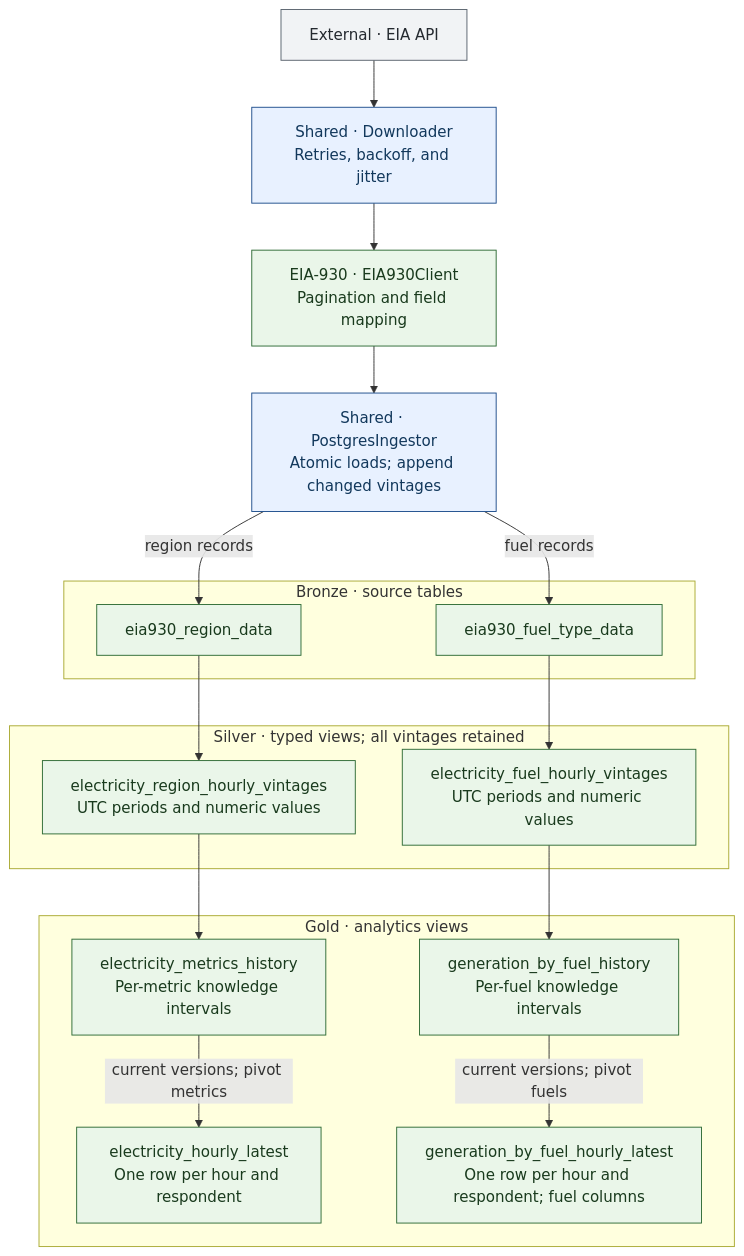
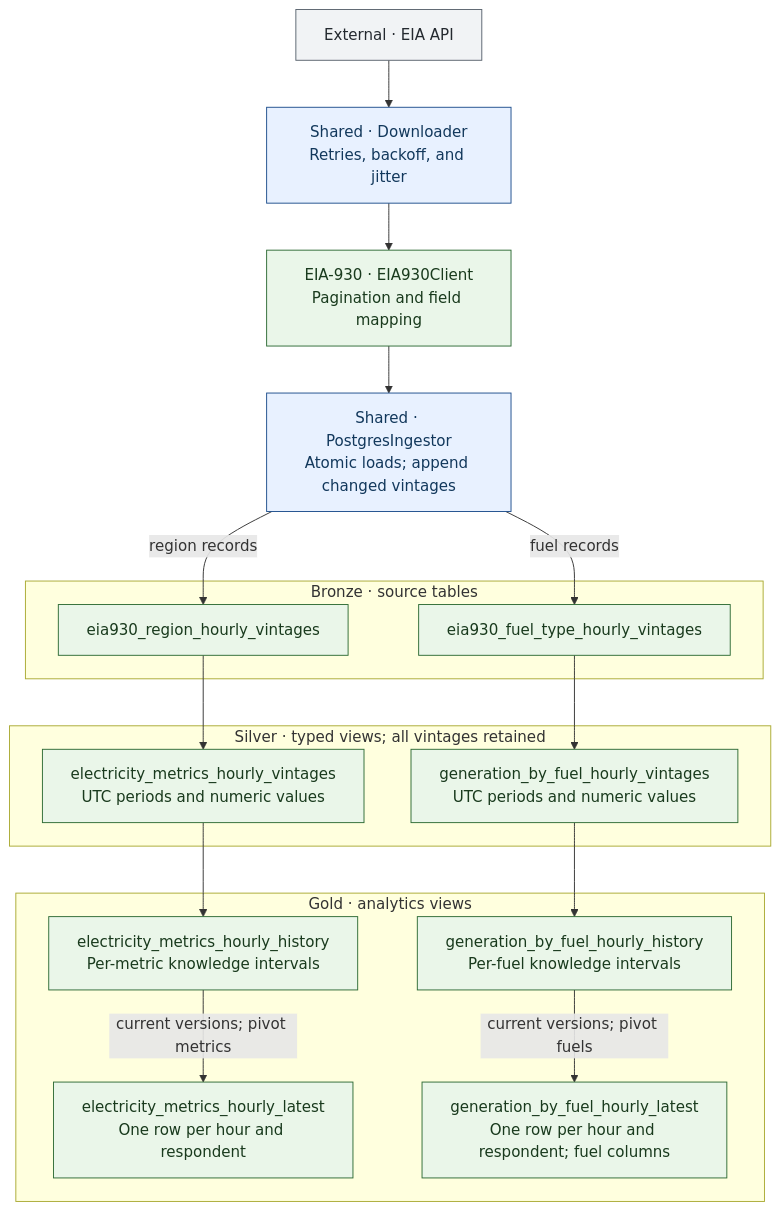
Before and after one commit to chuanbinp/data-platform: the second of 2 diagrams in README.md, drawn with Mermaid. The commit also changed other lines of this file and 17 other files, not shown here.

````diff
--- a/README.md
+++ b/README.md
@@ -89,39 +89,39 @@
 ```mermaid
 flowchart TD
     api["External · EIA API"]
     download["Shared · Downloader<br/>Retries, backoff, and jitter"]
     client["EIA-930 · EIA930Client<br/>Pagination and field mapping"]
     ingest["Shared · PostgresIngestor<br/>Atomic loads; append changed vintages"]
     api --> download --> client --> ingest
 
     subgraph bronze["Bronze · source tables"]
-        region_raw["eia930_region_data"]
-        fuel_raw["eia930_fuel_type_data"]
+        region_raw["eia930_region_hourly_vintages"]
+        fuel_raw["eia930_fuel_type_hourly_vintages"]
     end
     ingest -->|region records| region_raw
     ingest -->|fuel records| fuel_raw
 
     subgraph silver["Silver · typed views; all vintages retained"]
-        region_typed["electricity_region_hourly_vintages<br/>UTC periods and numeric values"]
-        fuel_typed["electricity_fuel_hourly_vintages<br/>UTC periods and numeric values"]
+        region_typed["electricity_metrics_hourly_vintages<br/>UTC periods and numeric values"]
+        fuel_typed["generation_by_fuel_hourly_vintages<br/>UTC periods and numeric values"]
     end
     region_raw --> region_typed
     fuel_raw --> fuel_typed
 
     subgraph gold["Gold · analytics views"]
-        region_history["electricity_metrics_history<br/>Per-metric knowledge intervals"]
-        region_latest["electricity_hourly_latest<br/>One row per hour and respondent"]
-        fuel_history["generation_by_fuel_history<br/>Per-fuel knowledge intervals"]
+        region_history["electricity_metrics_hourly_history<br/>Per-metric knowledge intervals"]
+        region_latest["electricity_metrics_hourly_latest<br/>One row per hour and respondent"]
+        fuel_history["generation_by_fuel_hourly_history<br/>Per-fuel knowledge intervals"]
         fuel_latest["generation_by_fuel_hourly_latest<br/>One row per hour and respondent; fuel columns"]
         region_history -->|current versions; pivot metrics| region_latest
         fuel_history -->|current versions; pivot fuels| fuel_latest
     end
     region_typed --> region_history
     fuel_typed --> fuel_history
 
     classDef default fill:#eaf6e9,stroke:#2e6b35,color:#193a1d
     classDef shared fill:#e8f1ff,stroke:#1e4e8c,color:#12385c
     classDef external fill:#f1f3f5,stroke:#59636e,color:#24292f
     class download,ingest shared
     class api external
 ```
````
